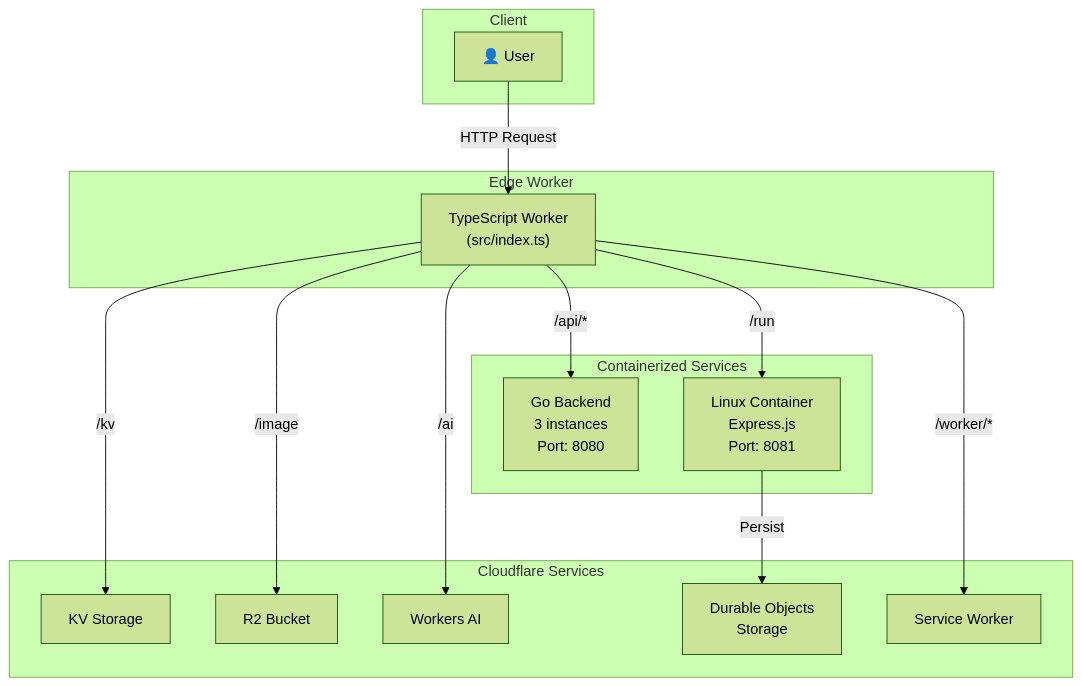
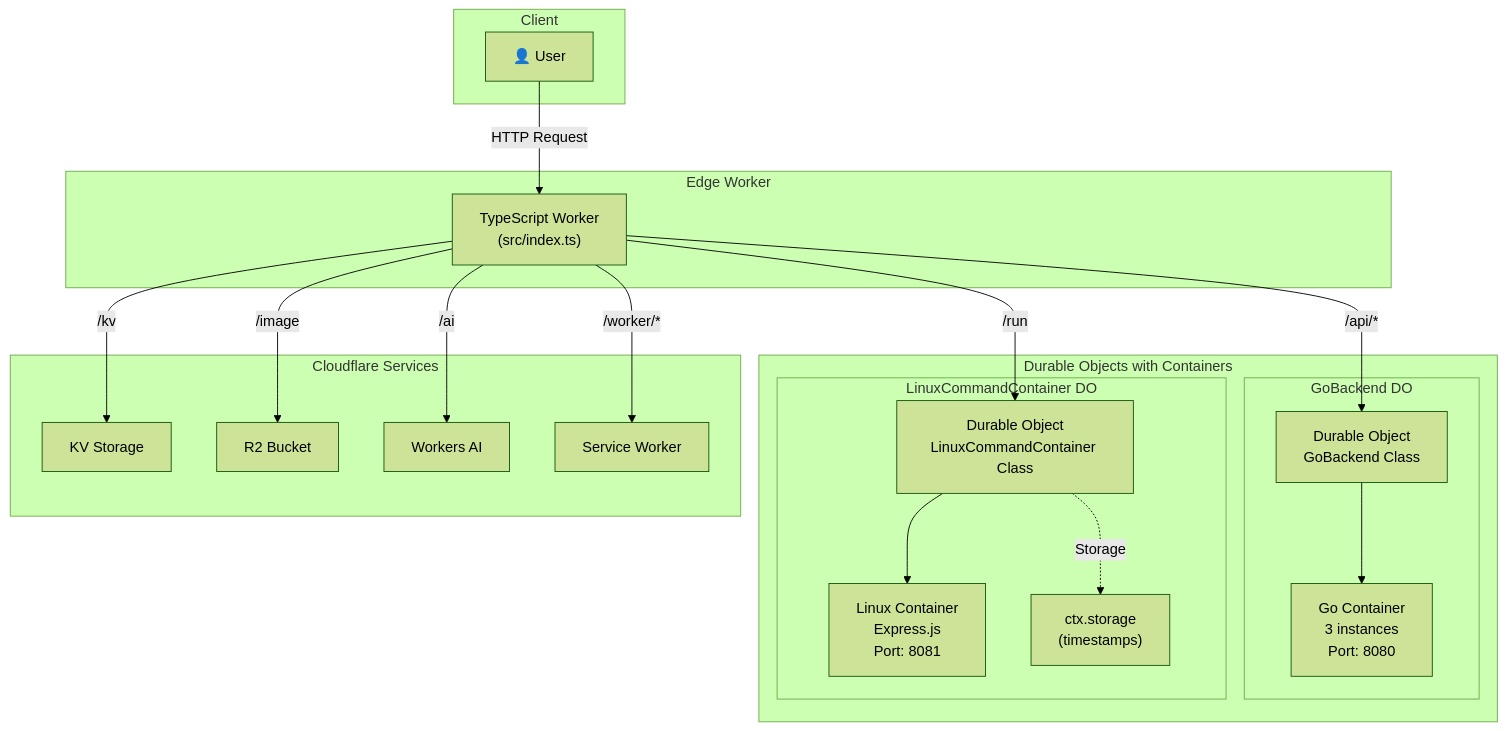
Before and after one commit to iamask/cloudflare-containers-go: the diagram in README.md, drawn with Mermaid (forest theme). The commit also changed other lines of this file, not shown here.

````diff
--- a/README.md
+++ b/README.md
@@ -36,32 +24,40 @@
 ```mermaid
 graph TB
     subgraph "Client"
         USER["👤 User"]
     end
-    
+
     subgraph "Edge Worker"
         WORKER["TypeScript Worker<br/>(src/index.ts)"]
     end
-    
-    subgraph "Containerized Services"
-        GO["Go Backend<br/>3 instances<br/>Port: 8080"]
-        LINUX["Linux Container<br/>Express.js<br/>Port: 8081"]
+
+    subgraph "Durable Objects with Containers"
+        subgraph "GoBackend DO"
+            DO_GO["Durable Object<br/>GoBackend Class"]
+            GO["Go Container<br/>3 instances<br/>Port: 8080"]
+            DO_GO --> GO
+        end
+
+        subgraph "LinuxCommandContainer DO"
+            DO_LINUX["Durable Object<br/>LinuxCommandContainer Class"]
+            LINUX["Linux Container<br/>Express.js<br/>Port: 8081"]
+            DO_LINUX --> LINUX
+            DO_LINUX -.->|Storage| STORAGE["ctx.storage<br/>(timestamps)"]
+        end
     end
-    
+
     subgraph "Cloudflare Services"
         KV["KV Storage"]
         R2["R2 Bucket"]
         AI["Workers AI"]
-        DO["Durable Objects<br/>Storage"]
         SERVICE["Service Worker"]
     end
-    
+
     USER -->|HTTP Request| WORKER
-    WORKER -->|"/api/*"| GO
-    WORKER -->|"/run"| LINUX
+    WORKER -->|"/api/*"| DO_GO
+    WORKER -->|"/run"| DO_LINUX
     WORKER -->|"/kv"| KV
     WORKER -->|"/image"| R2
     WORKER -->|"/ai"| AI
     WORKER -->|"/worker/*"| SERVICE
-    LINUX -->|Persist| DO
 ```
````
